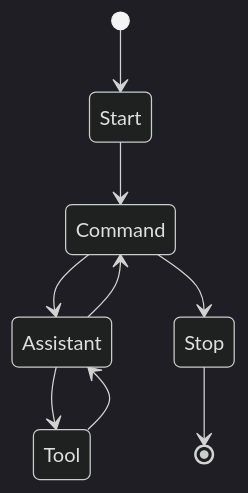
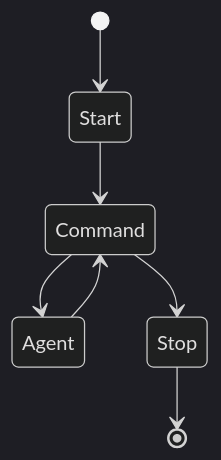
The diagram in README.md (elct9620/autoflux), drawn with Mermaid (dark theme) before and after one commit. The commit also changed other lines of this file, not shown here.

````diff
--- a/README.md
+++ b/README.md
@@ -27,11 +27,9 @@
 ```mermaid
 stateDiagram-v2
     [*] --> Start
     Start --> Command
-    Command --> Assistant
-    Assistant --> Command
-    Assistant --> Tool
-    Tool --> Assistant
+    Command --> Agent
     Command --> Stop
+    Agent --> Command
     Stop --> [*]
 ```
````
